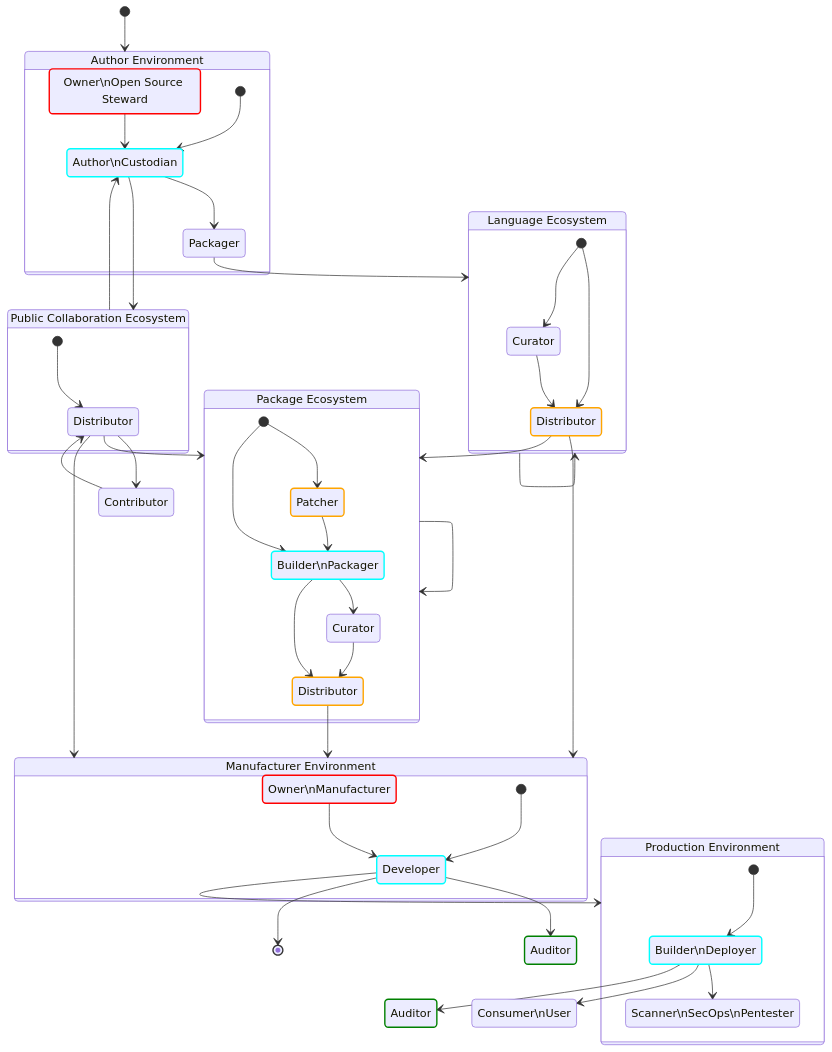
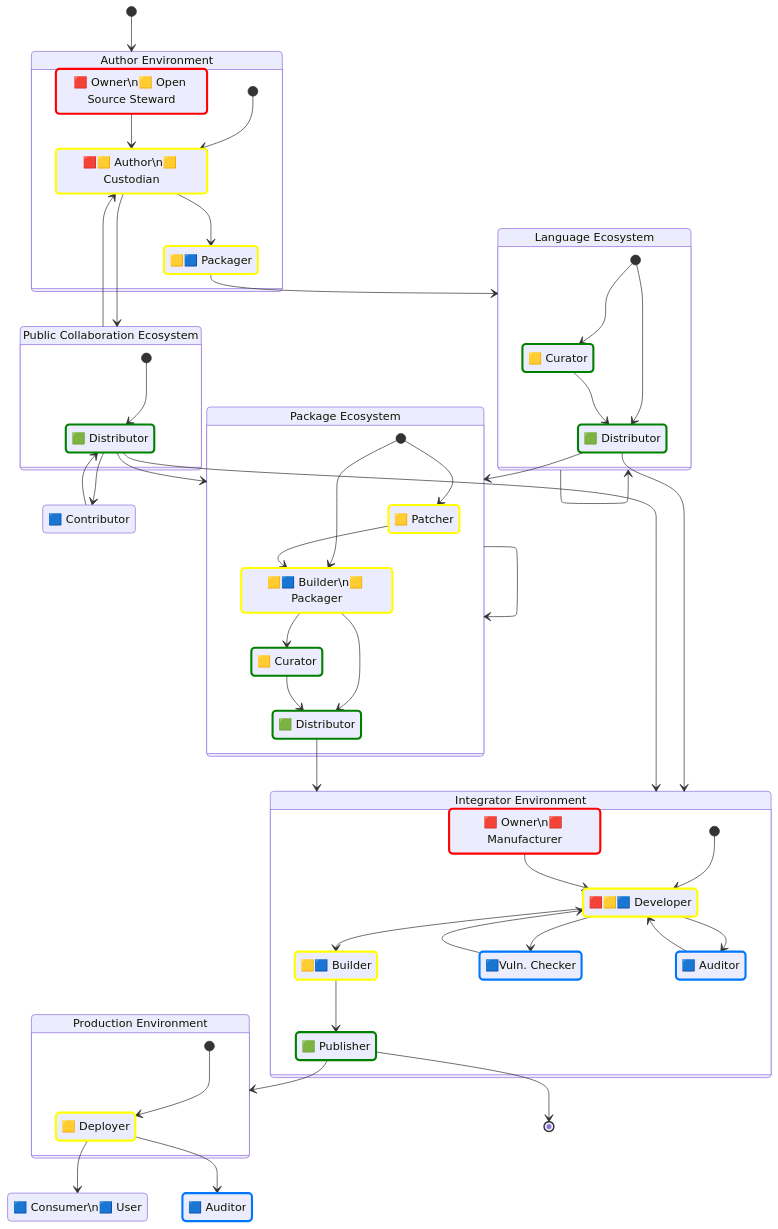
The diagram in docs/supplychain-sbom.md (CPAN-Security/security.metacpan.org), drawn with Mermaid before and after one commit. The commit also changed other lines of this file, not shown here.

Commit message:
Add colors signifying SBOM activities; Add Publisher role
- Integrator needs to distribute their products
- A manufacturer may publish open source products
- Replace misc. security roles with "Vuln. Checker"
- Add a "DistributesSBOM" class
- WIP: Clean up integrator roles a bit - they now
  look more like a proper company (more TODO)

```diff
--- a/docs/supplychain-sbom.md
+++ b/docs/supplychain-sbom.md
@@ -37,39 +37,49 @@
     direction TB
     accTitle: An idealized Open Source supply chain
 
-    state "Owner\nOpen Source Steward" as author_owner
-    state "Author\nCustodian" as author
-    state "Distributor" as repository_distributor
-    state "Packager" as language_packager
-    state "Curator" as language_curator
-    state "Distributor" as language_distributor
-    state "Contributor" as contributor
-    state "Patcher" as package_patcher
-    state "Builder\nPackager" as package_packager
-    state "Curator" as package_curator
-    state "Distributor" as package_distributor
-    state "Owner\nManufacturer" as integrator_owner
-    state "Developer" as developer
-    state "Builder\nDeployer" as deployer
-    state "Scanner\nSecOps\nPentester" as scanner
-    state "Consumer\nUser" as consumer
-    state "Auditor" as auditor_internal
-    state "Auditor" as auditor_external
+    state "🟥 Owner\n🟨 Open Source Steward" as author_owner
+    state "🟥🟨 Author\n🟨 Custodian" as author
+    state "🟩 Distributor" as repository_distributor
+    state "🟨🟦 Packager" as language_packager
+    state "🟨 Curator" as language_curator
+    state "🟩 Distributor" as language_distributor
+    state "🟦 Contributor" as contributor
+    state "🟨 Patcher" as package_patcher
+    state "🟨🟦 Builder\n🟨 Packager" as package_packager
+    state "🟨 Curator" as package_curator
+    state "🟩 Distributor" as package_distributor
+    state "🟥 Owner\n🟥 Manufacturer" as integrator_owner
+    state "🟥🟨🟦 Developer" as integrator_developer
+    state "🟩 Publisher" as integrator_publisher
+    state "🟨🟦 Builder" as integrator_builder
+    state "🟨 Deployer" as deployer
+    state "🟦Vuln. Checker" as integrator_checker
+    state "🟦 Consumer\n🟦 User" as consumer
+    state "🟦 Auditor" as auditor_internal
+    state "🟦 Auditor" as auditor_external
 
-    classDef createsSBOM stroke:red,stroke-width:2px;
-    classDef updatesSBOM stroke:orange,stroke-width:2px;
-    classDef assemblesSBOM stroke:cyan,stroke-width:2px;
-    classDef verifiesSBOM stroke:green,stroke-width:2px;
+    classDef createsSBOM stroke:red,stroke-width:3px;
+    classDef updatesSBOM stroke:yellow,stroke-width:3px;
+    classDef assemblesSBOM stroke:yellow,stroke-width:3px;
+    classDef distributesSBOM stroke:green,stroke-width:3px;
+    classDef verifiesSBOM stroke:#07f,stroke-width:3px;
 
     class author_owner createsSBOM
     class manufacturer_owner createsSBOM
     class author assemblesSBOM
     class package_patcher updatesSBOM
     class package_packager assemblesSBOM
-    class package_distributor updatesSBOM
-    class language_distributor updatesSBOM
+    class package_curator distributesSBOM
+    class package_distributor distributesSBOM
+    class language_packager assemblesSBOM
+    class language_curator distributesSBOM
+    class language_distributor distributesSBOM
+    class repository_distributor distributesSBOM
     class integrator_owner createsSBOM
-    class developer assemblesSBOM
+    class integrator_developer assemblesSBOM
+    class integrator_publisher distributesSBOM
+    class integrator_builder assemblesSBOM
+    class integrator_checker verifiesSBOM
     class deployer assemblesSBOM
     class auditor_internal verifiesSBOM
     class auditor_external verifiesSBOM
@@ -118,18 +128,22 @@
     package_distributor --> ecosystem_integrator
     ecosystem_package --> ecosystem_package
 
-    state "Manufacturer Environment" as ecosystem_integrator {
-        [*] --> developer
-        integrator_owner --> developer
+    state "Integrator Environment" as ecosystem_integrator {
+        [*] --> integrator_developer
+        integrator_owner --> integrator_developer
+        integrator_builder --> integrator_publisher
+        integrator_developer --> integrator_checker
+        integrator_checker --> integrator_developer
+        auditor_internal --> integrator_developer
+        integrator_developer --> auditor_internal
+        integrator_developer --> integrator_builder
     }
 
-    developer --> auditor_internal
-    developer --> ecosystem_prod
-    developer --> [*]
+    integrator_publisher --> [*]
+    integrator_publisher --> ecosystem_prod
 
     state "Production Environment" as ecosystem_prod {
         [*] --> deployer
-        deployer --> scanner
     }
 
     deployer --> consumer
```
